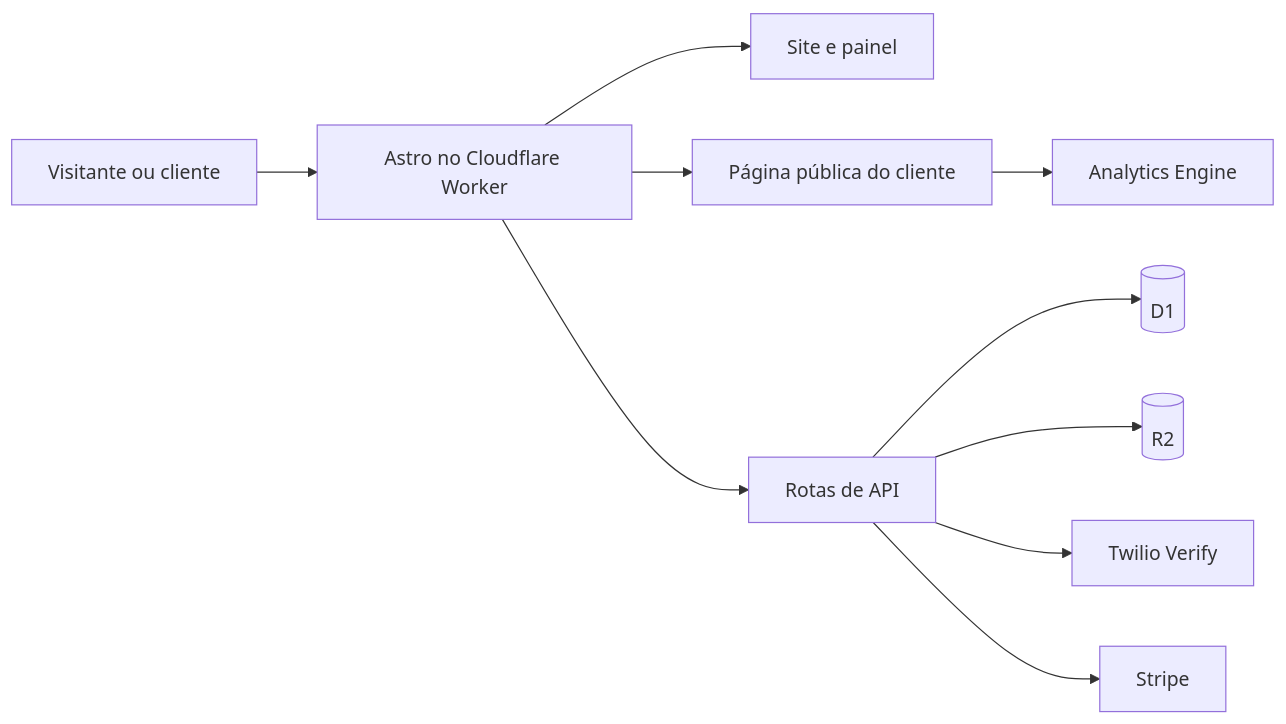
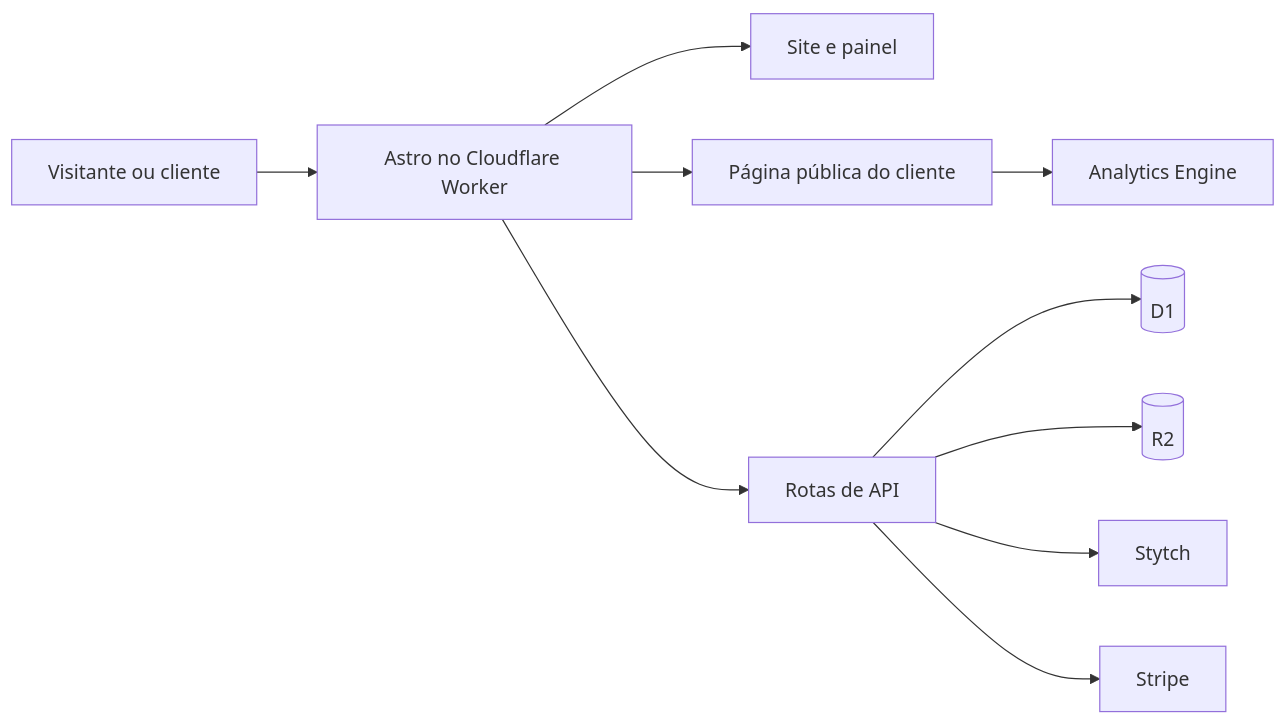
The diagram in README.md (Typistar-TI/vira), drawn with Mermaid before and after one commit. The commit also changed other lines of this file and 12 other files, not shown here.

Commit message:
Replace Twilio OTP with Stytch Consumer Auth

````diff
--- a/README.md
+++ b/README.md
@@ -33,12 +33,12 @@
 ```mermaid
 flowchart LR
     A[Visitante ou cliente] --> B[Astro no Cloudflare Worker]
     B --> C[Site e painel]
     B --> D[Página pública do cliente]
     B --> E[Rotas de API]
     E --> F[(D1)]
     E --> G[(R2)]
-    E --> H[Twilio Verify]
+    E --> H[Stytch]
     E --> I[Stripe]
     D --> J[Analytics Engine]
 ```
````
